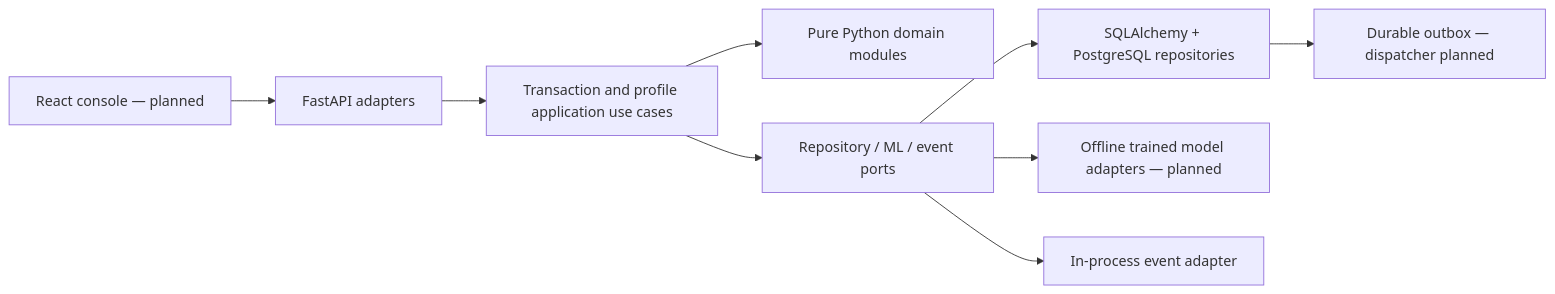
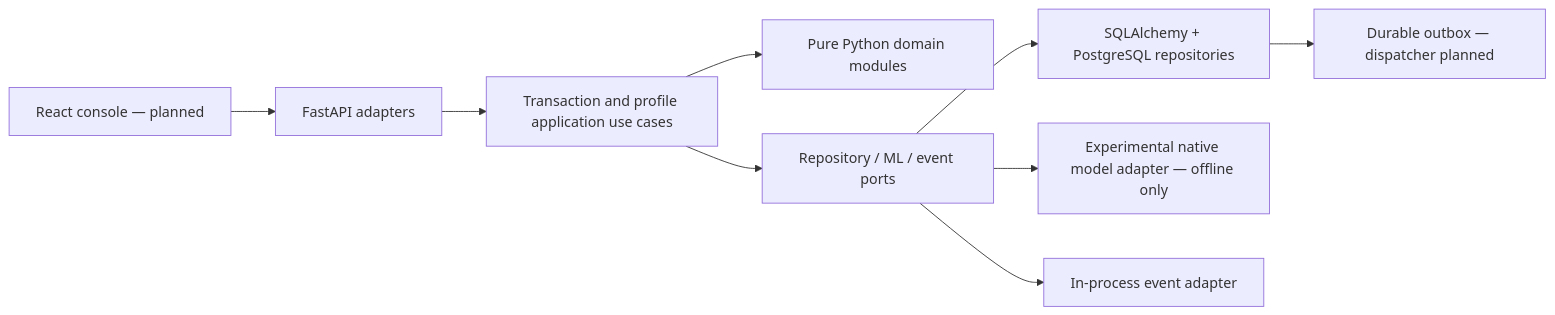
Before and after one commit to nuchaaa/FraudLens: the diagram in README.md, drawn with Mermaid. The commit also changed other lines of this file and 15 other files, not shown here.

Commit message:
Add verified experimental native inference and captured-context replay

````diff
--- a/README.md
+++ b/README.md
@@ -45,11 +48,11 @@
 ```mermaid
 flowchart LR
     UI[React console — planned] --> HTTP[FastAPI adapters]
     HTTP --> UC[Transaction and profile application use cases]
     UC --> D[Pure Python domain modules]
     UC --> P[Repository / ML / event ports]
     P --> DB[SQLAlchemy + PostgreSQL repositories]
-    P --> ML[Offline trained model adapters — planned]
+    P --> ML[Experimental native model adapter — offline only]
     P --> EV[In-process event adapter]
     DB --> OB[Durable outbox — dispatcher planned]
 ```
````
